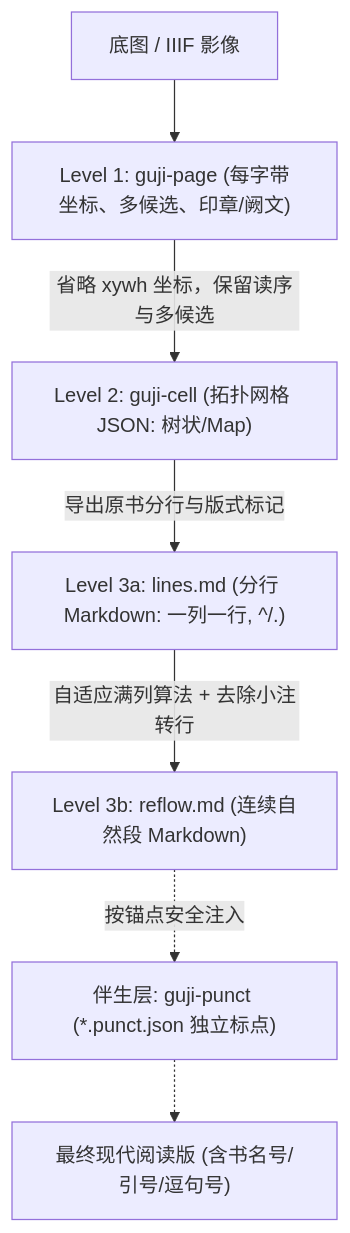
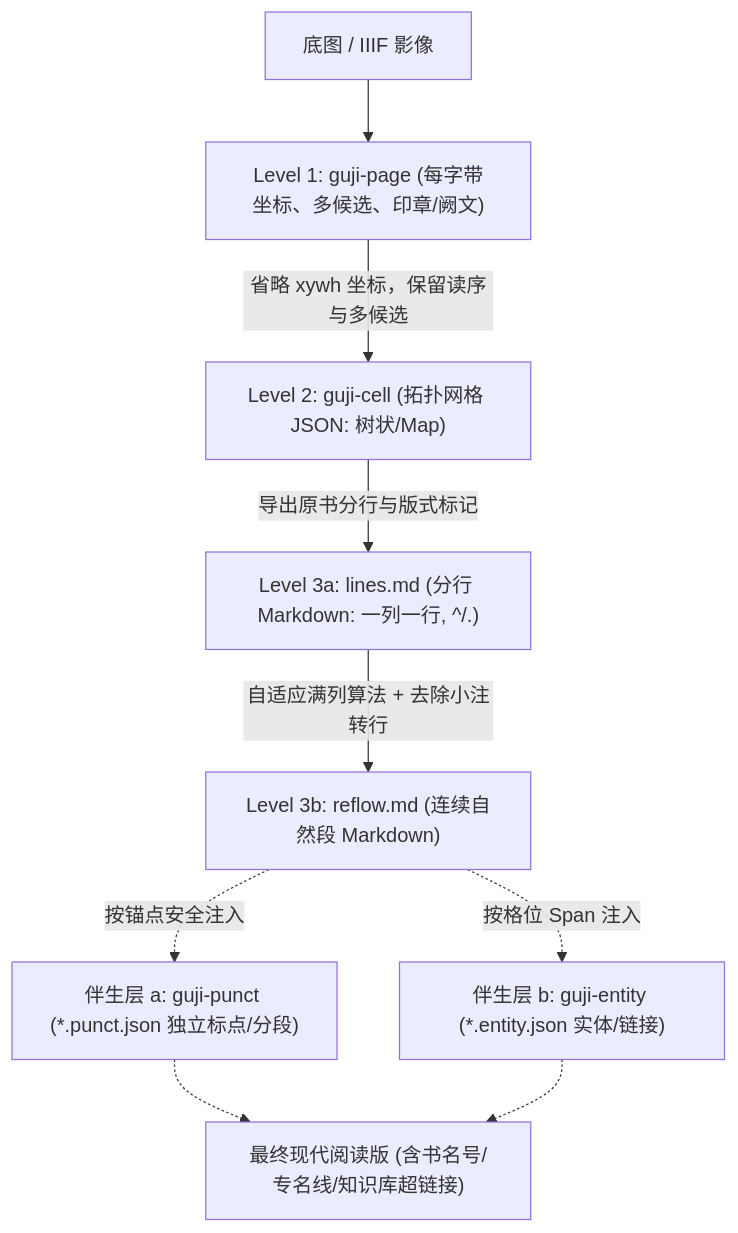
Before and after one commit to open-guji/guji-format: the diagram in spec/README.md, drawn with Mermaid. The commit also changed other lines of this file and 3 other files, not shown here.

Commit message:
docs(spec): add guji-entity spec v0.1 (schema and samples for named entities and book-index links)

````diff
--- a/spec/README.md
+++ b/spec/README.md
@@ -20,9 +21,10 @@
 ```mermaid
 flowchart TD
     IMG[底图 / IIIF 影像] --> L1["Level 1: guji-page (每字带坐标、多候选、印章/阙文)"]
     L1 -->|"省略 xywh 坐标，保留读序与多候选"| L2["Level 2: guji-cell (拓扑网格 JSON: 树状/Map)"]
     L2 -->|"导出原书分行与版式标记"| L3a["Level 3a: lines.md (分行 Markdown: 一列一行, ^/.)"]
     L3a -->|"自适应满列算法 + 去除小注转行"| L3b["Level 3b: reflow.md (连续自然段 Markdown)"]
-    L3b -.->|"按锚点安全注入"| P["伴生层: guji-punct (*.punct.json 独立标点)"]
-    P -.-> READ["最终现代阅读版 (含书名号/引号/逗句号)"]
+    L3b -.->|"按锚点安全注入"| P["伴生层 a: guji-punct (*.punct.json 独立标点/分段)"]
+    L3b -.->|"按格位 Span 注入"| E["伴生层 b: guji-entity (*.entity.json 实体/链接)"]
+    P & E -.-> READ["最终现代阅读版 (含书名号/专名线/知识库超链接)"]
 ```
````
